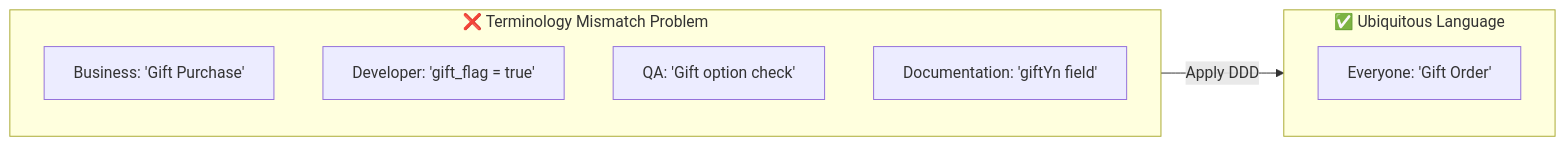
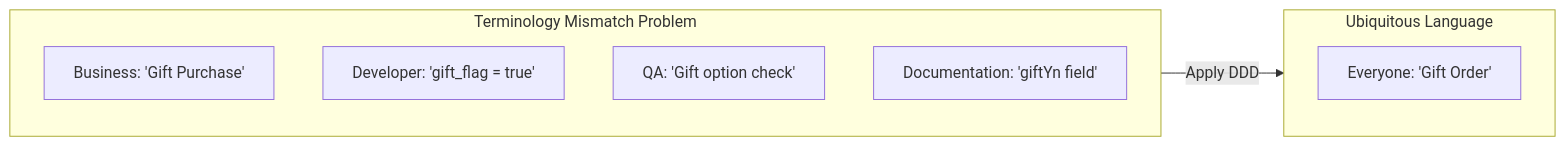
One commit to advanced-beginner/advanced-beginner.github.io changed the fifth of 18 diagrams in content/en/docs/ddd/concepts/strategic-design.md. Above: the diagram before and after it, drawn with Mermaid. The commit also changed other lines of this file and 26 other files, not shown here.

````diff
--- a/content/en/docs/ddd/concepts/strategic-design.md
+++ b/content/en/docs/ddd/concepts/strategic-design.md
@@ -128,17 +146,17 @@
 ```mermaid
 flowchart LR
-    subgraph Problem["❌ Terminology Mismatch Problem"]
+    subgraph Problem["Terminology Mismatch Problem"]
         direction TB
         BIZ1["Business: 'Gift Purchase'"]
         DEV1["Developer: 'gift_flag = true'"]
         QA1["QA: 'Gift option check'"]
         DOC1["Documentation: 'giftYn field'"]
     end
 
-    subgraph Solution["✅ Ubiquitous Language"]
+    subgraph Solution["Ubiquitous Language"]
         direction TB
         ALL["Everyone: 'Gift Order'"]
     end
 
     Problem -->|Apply DDD| Solution
 ```
````
